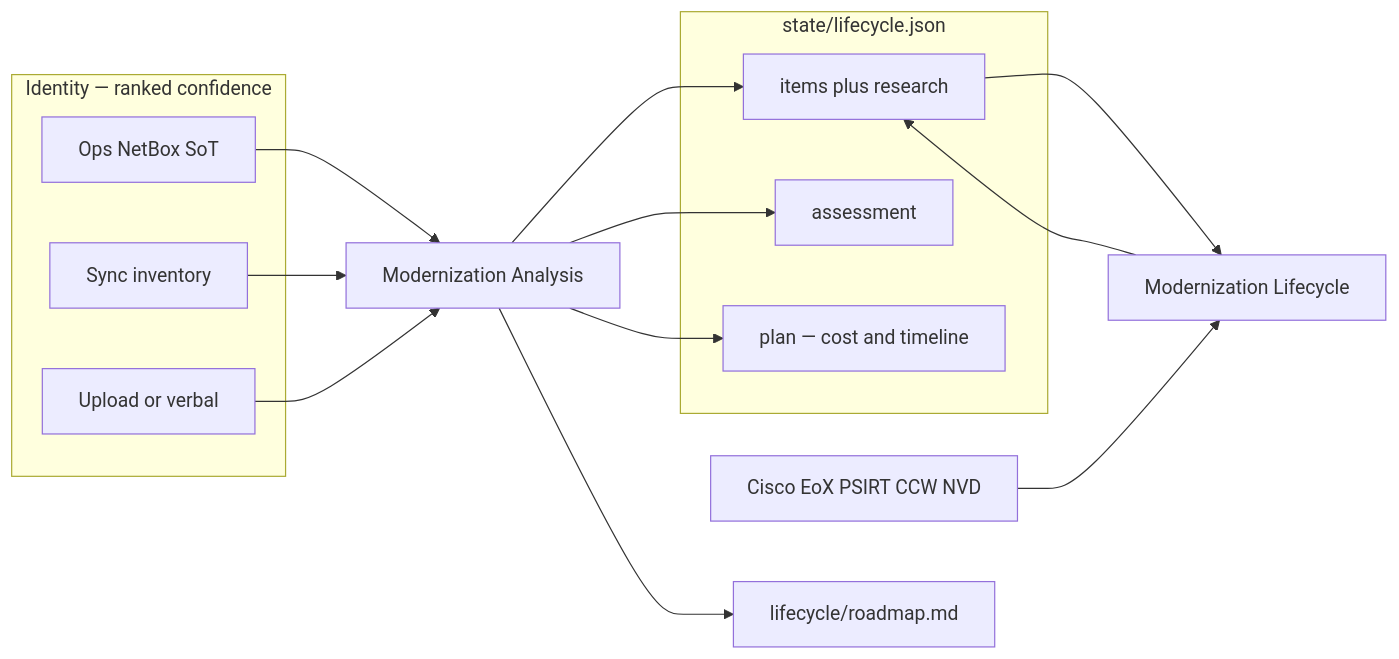
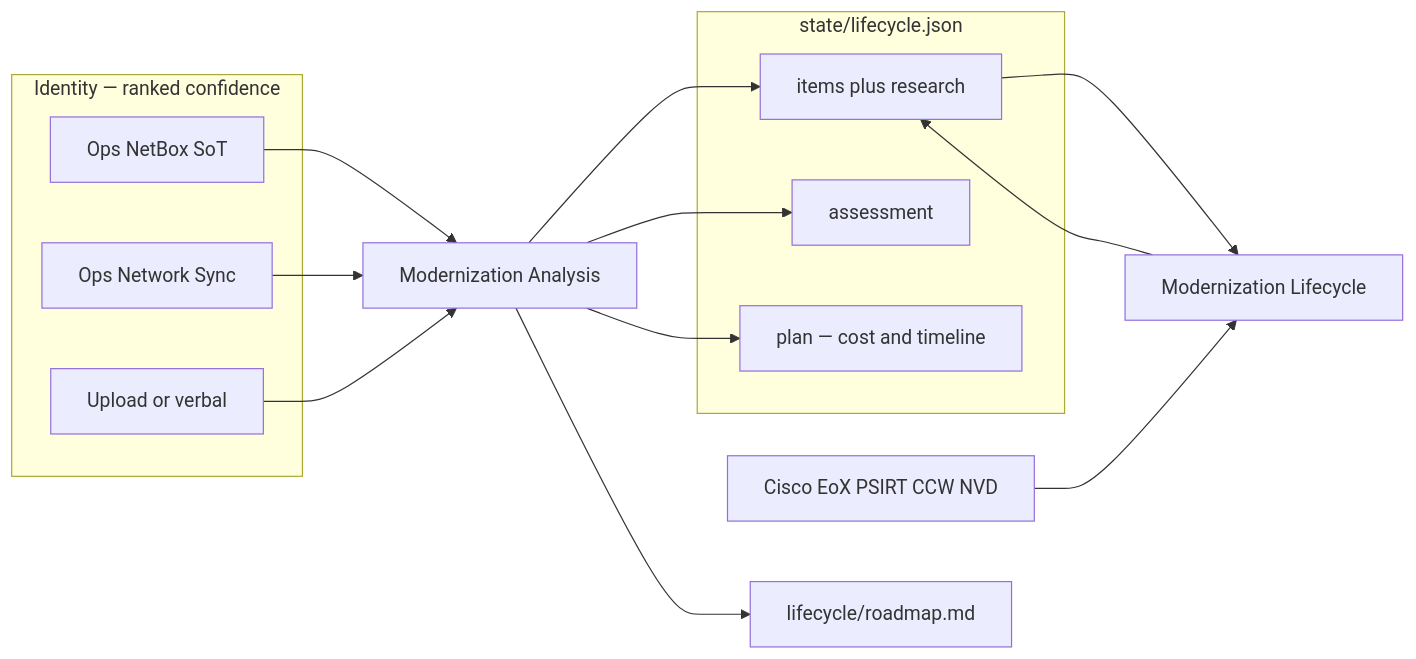
One commit to Presidio-Federal/ai-studio-netops changed the diagram in documentation/modernization-agents.md. Above: the diagram before and after it, drawn with Mermaid. The commit also changed 11 other files, not shown here.

````diff
--- a/documentation/modernization-agents.md
+++ b/documentation/modernization-agents.md
@@ -16,27 +16,27 @@
 ```mermaid
 flowchart LR
   subgraph ingest [Identity — ranked confidence]
     SoT[Ops NetBox SoT]
-    Sync[Sync inventory]
+    Sync[Ops Network Sync]
     Upload[Upload or verbal]
   end
   subgraph estate [state/lifecycle.json]
     Items[items plus research]
     Assess[assessment]
     Plan[plan — cost and timeline]
   end
   MA[Modernization Analysis]
   ML[Modernization Lifecycle]
   Cisco[Cisco EoX PSIRT CCW NVD]
   Road[lifecycle/roadmap.md]
   SoT --> MA
   Sync --> MA
   Upload --> MA
   MA --> Items
   Items --> ML
   Cisco --> ML
   ML --> Items
   MA --> Assess
   MA --> Plan
   MA --> Road
 ```
````
